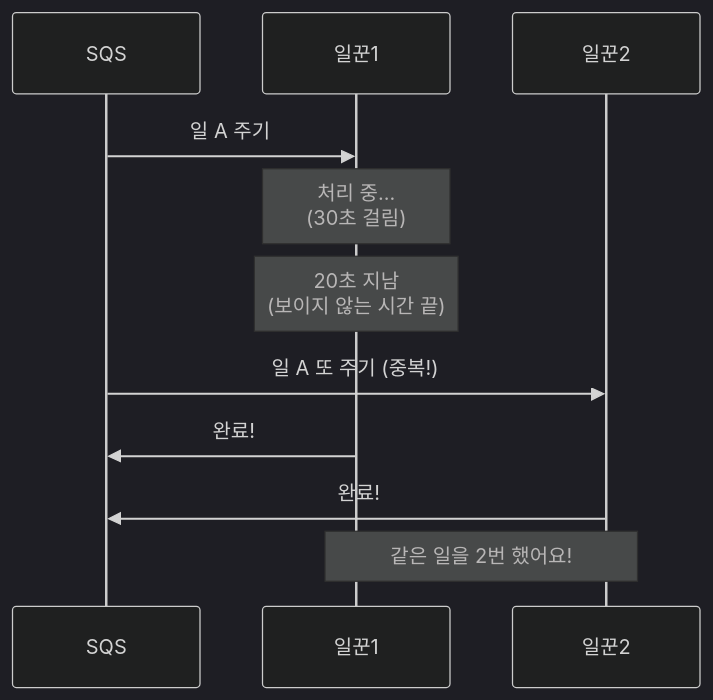
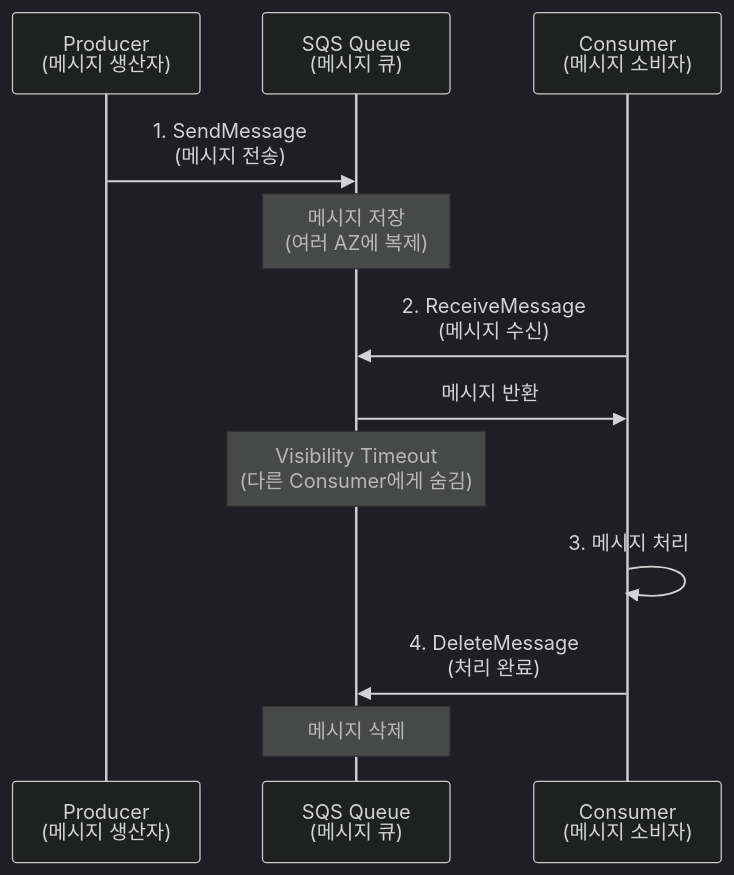
One commit to niceguy61/kdt_devops_lecture_2025 changed the diagram in theory/november/week_02/day1/session_1.md. Above: the diagram before and after it, drawn with Mermaid (dark theme). The commit also changed other lines of this file and 4 other files, not shown here.

````diff
--- a/theory/november/week_02/day1/session_1.md
+++ b/theory/november/week_02/day1/session_1.md
@@ -306,15 +47,18 @@
 ```mermaid
 sequenceDiagram
-    participant SQS
-    participant 일꾼1
-    participant 일꾼2
+    participant P as Producer<br/>(메시지 생산자)
+    participant Q as SQS Queue<br/>(메시지 큐)
+    participant C as Consumer<br/>(메시지 소비자)
     
-    SQS->>일꾼1: 일 A 주기
-    Note over 일꾼1: 처리 중...<br/>(30초 걸림)
-    Note over 일꾼1: 20초 지남<br/>(보이지 않는 시간 끝)
-    SQS->>일꾼2: 일 A 또 주기 (중복!)
-    일꾼1->>SQS: 완료!
-    일꾼2->>SQS: 완료!
+    P->>Q: 1. SendMessage<br/>(메시지 전송)
+    Note over Q: 메시지 저장<br/>(여러 AZ에 복제)
     
-    Note over 일꾼1,일꾼2: 같은 일을 2번 했어요!
+    C->>Q: 2. ReceiveMessage<br/>(메시지 수신)
+    Q->>C: 메시지 반환
+    Note over Q: Visibility Timeout<br/>(다른 Consumer에게 숨김)
+    
+    C->>C: 3. 메시지 처리
+    
+    C->>Q: 4. DeleteMessage<br/>(처리 완료)
+    Note over Q: 메시지 삭제
 ```
````
